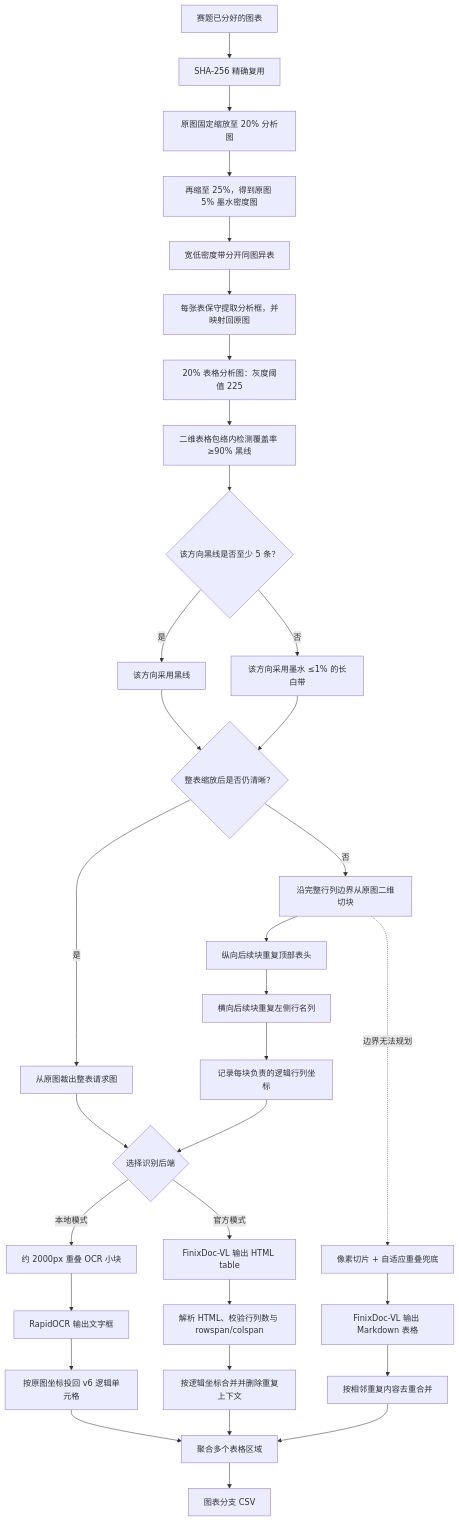
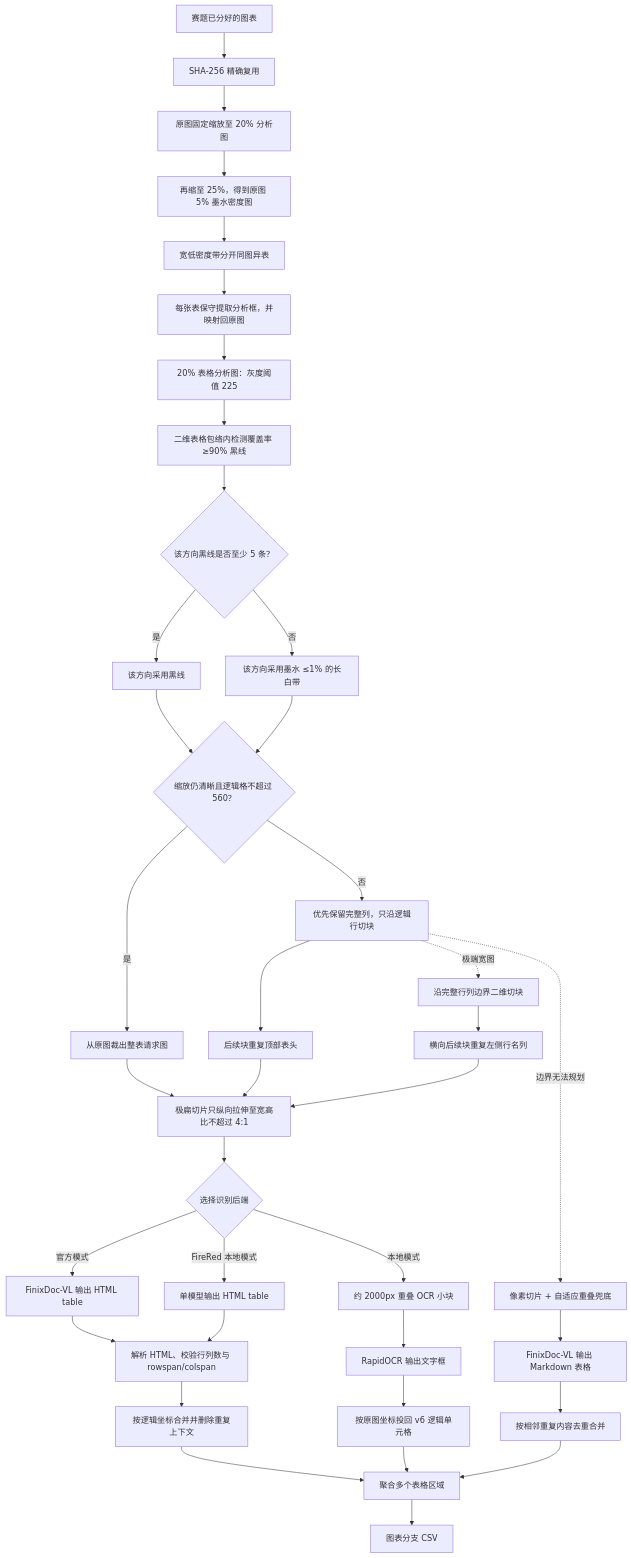
The diagram in afac_pipeline/table/README.md (AAAXXS-0/CAFA6202), drawn with Mermaid before and after one commit. The commit also changed other lines of this file and 9 other files, not shown here.

Commit message:
fix:优化 FireRed 长图结构与超大表格识别

````diff
--- a/afac_pipeline/table/README.md
+++ b/afac_pipeline/table/README.md
@@ -6,36 +6,39 @@
 ```mermaid
 flowchart TD
     A["赛题已分好的图表"] --> B["SHA-256 精确复用"]
     B --> C["原图固定缩放至 20% 分析图"]
     C --> D["再缩至 25%，得到原图 5% 墨水密度图"]
     D --> E["宽低密度带分开同图异表"]
     E --> F["每张表保守提取分析框，并映射回原图"]
     F --> G["20% 表格分析图：灰度阈值 225"]
     G --> H["二维表格包络内检测覆盖率 ≥90% 黑线"]
     H --> V{"该方向黑线是否至少 5 条？"}
     V -- "是" --> I["该方向采用黑线"]
     V -- "否" --> W["该方向采用墨水 ≤1% 的长白带"]
-    I --> X{"整表缩放后是否仍清晰？"}
+    I --> X{"缩放仍清晰且逻辑格不超过 560？"}
     W --> X
     X -- "是" --> Y["从原图裁出整表请求图"]
-    X -- "否" --> J["沿完整行列边界从原图二维切块"]
-    J --> K["纵向后续块重复顶部表头"]
-    J -. "边界无法规划" .-> N
-    K --> L["横向后续块重复左侧行名列"]
-    L --> M["记录每块负责的逻辑行列坐标"]
-    N["像素切片 + 自适应重叠兜底"]
-    Y --> Z{"选择识别后端"}
-    M --> Z
+    X -- "否" --> J["优先保留完整列，只沿逻辑行切块"]
+    J --> K["后续块重复顶部表头"]
+    J -. "极端宽图" .-> L["沿完整行列边界二维切块"]
+    L --> M["横向后续块重复左侧行名列"]
+    J -. "边界无法规划" .-> N["像素切片 + 自适应重叠兜底"]
+    K --> RATIO["极扁切片只纵向拉伸至宽高比不超过 4:1"]
+    M --> RATIO
+    Y --> RATIO
+    RATIO --> Z{"选择识别后端"}
     Z -- "官方模式" --> O["FinixDoc-VL 输出 HTML table"]
+    Z -- "FireRed 本地模式" --> FO["单模型输出 HTML table"]
+    FO --> Q
     Z -- "本地模式" --> LO["约 2000px 重叠 OCR 小块"]
     LO --> LC["RapidOCR 输出文字框"]
     LC --> LD["按原图坐标投回 v6 逻辑单元格"]
     LD --> T
     N --> P["FinixDoc-VL 输出 Markdown 表格"]
     O --> Q["解析 HTML、校验行列数与 rowspan/colspan"]
     Q --> R["按逻辑坐标合并并删除重复上下文"]
     P --> S["按相邻重复内容去重合并"]
     R --> T["聚合多个表格区域"]
     S --> T
     T --> U["图表分支 CSV"]
 ```
````
